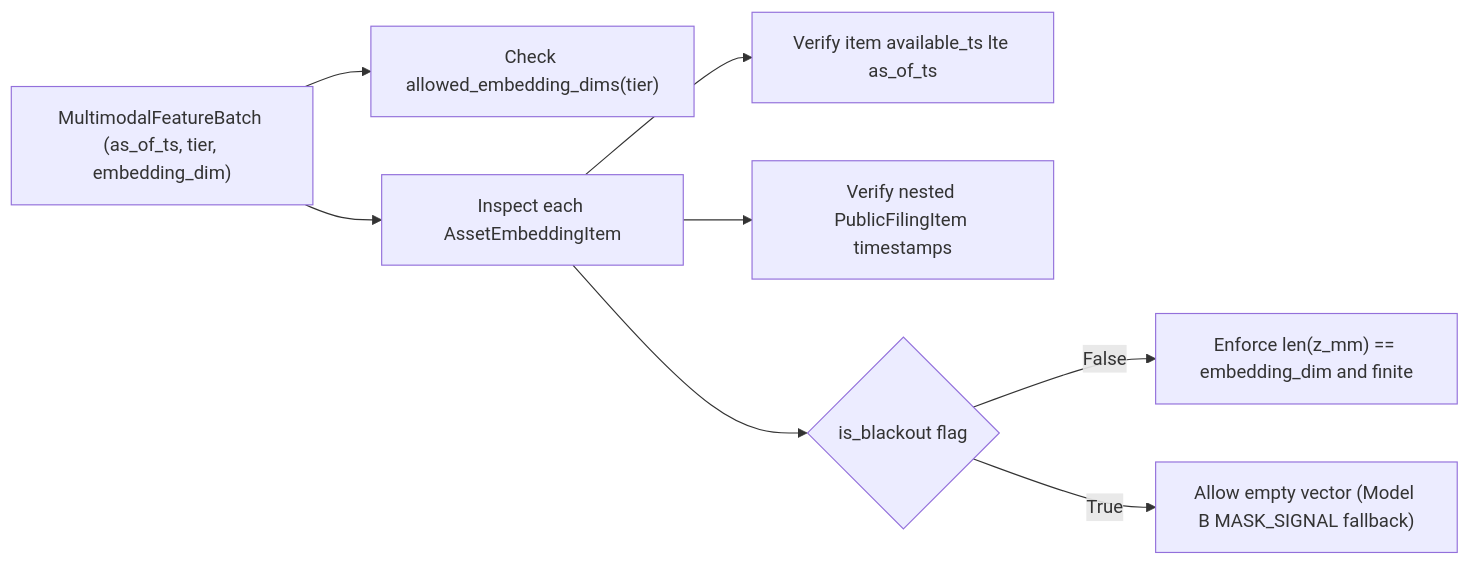
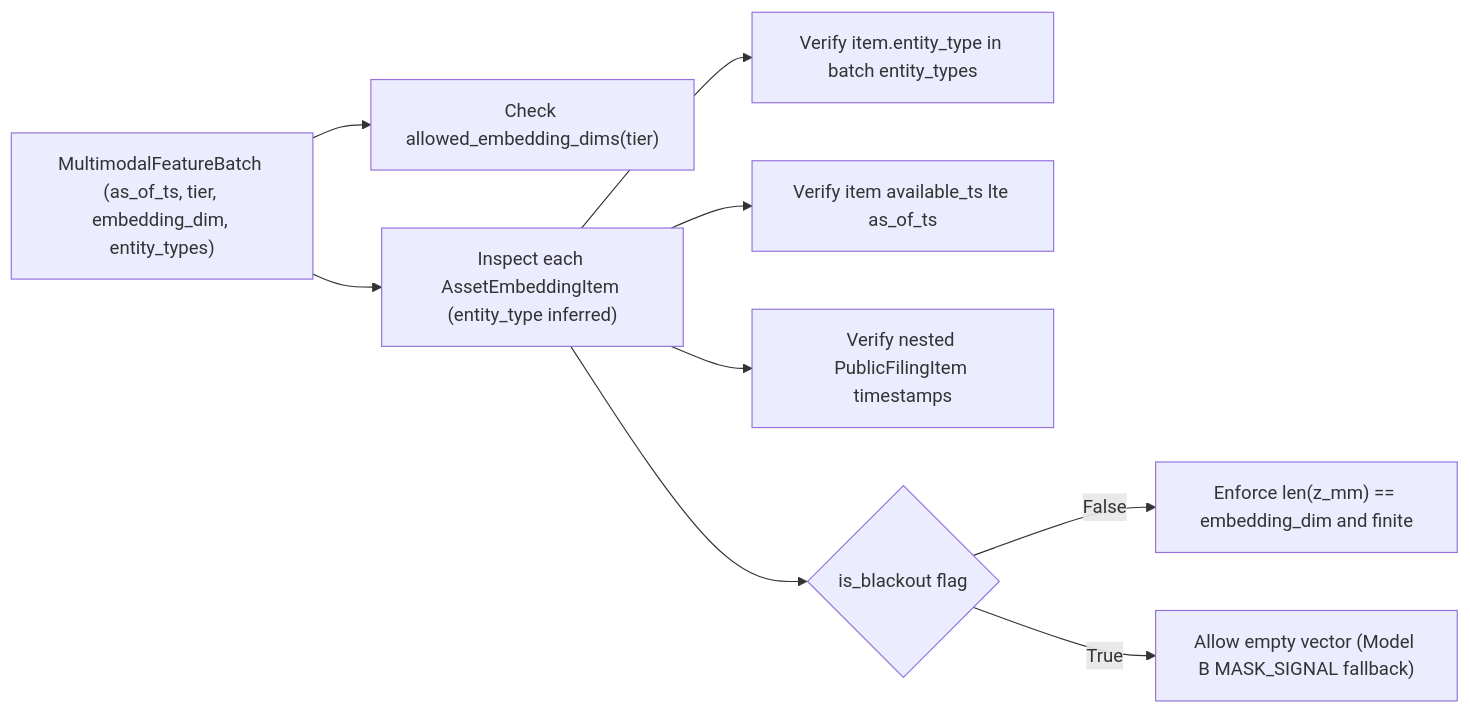
The diagram in openwiki/architecture/pit-and-multimodal-contracts.md (zerostreet/zerostreet-schema), drawn with Mermaid before and after one commit. The commit also changed other lines of this file and 5 other files, not shown here.

Commit message:
docs: update zerostreet-schema OpenWiki for EntityType processing units

````diff
--- a/openwiki/architecture/pit-and-multimodal-contracts.md
+++ b/openwiki/architecture/pit-and-multimodal-contracts.md
@@ -68,10 +70,11 @@
 ```mermaid
 flowchart LR
-    BATCH["MultimodalFeatureBatch (as_of_ts, tier, embedding_dim)"] --> TIER_CHK["Check allowed_embedding_dims(tier)"]
-    BATCH --> ITEMS["Inspect each AssetEmbeddingItem"]
+    BATCH["MultimodalFeatureBatch (as_of_ts, tier, embedding_dim, entity_types)"] --> TIER_CHK["Check allowed_embedding_dims(tier)"]
+    BATCH --> ITEMS["Inspect each AssetEmbeddingItem (entity_type inferred)"]
+    ITEMS --> UNIT_CHK["Verify item.entity_type in batch entity_types"]
     ITEMS --> PIT_ITEM["Verify item available_ts lte as_of_ts"]
     ITEMS --> PIT_FILING["Verify nested PublicFilingItem timestamps"]
     ITEMS --> BLACKOUT{"is_blackout flag"}
     BLACKOUT -- "False" --> DIM_CHK["Enforce len(z_mm) == embedding_dim and finite"]
     BLACKOUT -- "True" --> PASS["Allow empty vector (Model B MASK_SIGNAL fallback)"]
 ```
````
